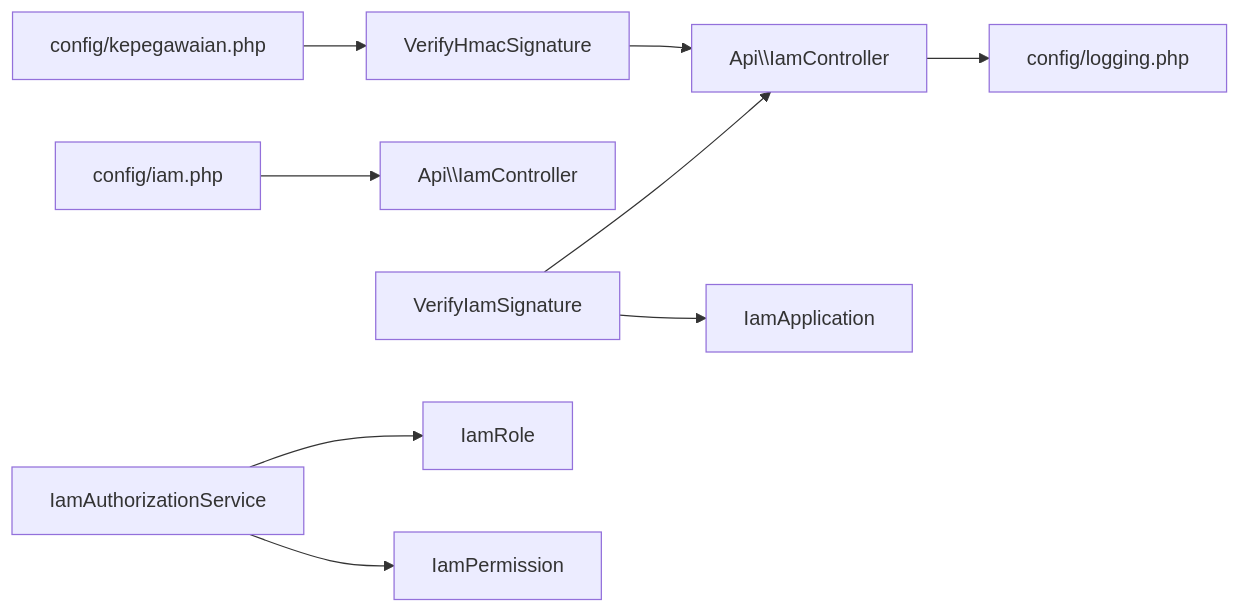
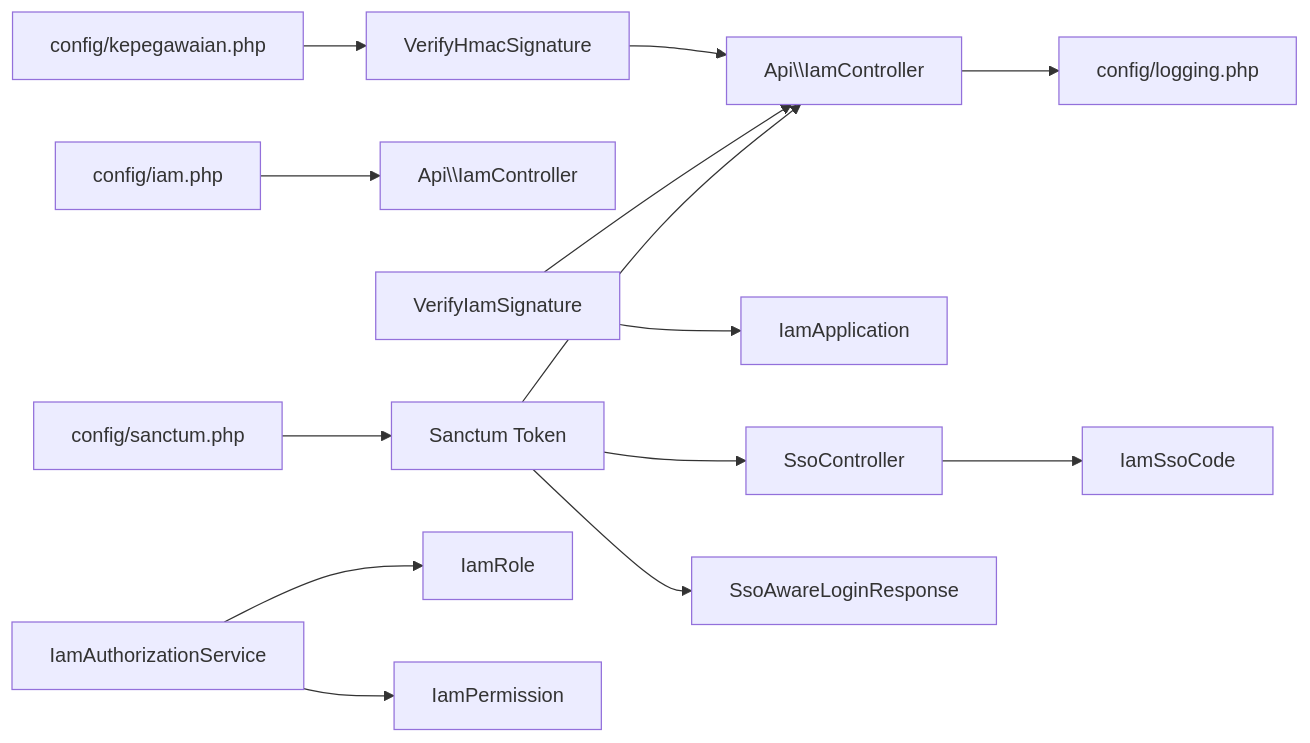
One commit to PA-Penajam/kepegawaian_apps changed diagram 11 of 11 in .qoder/repowiki/en/content/Security Considerations/Security Considerations.md. Above: the diagram before and after it, drawn with Mermaid. The commit also changed other lines of this file and 13 other files, not shown here.

````diff
--- a/.qoder/repowiki/en/content/Security Considerations/Security Considerations.md
+++ b/.qoder/repowiki/en/content/Security Considerations/Security Considerations.md
@@ -426,11 +503,16 @@
 ```mermaid
 graph LR
 CFG1["config/kepegawaian.php"] --> HMAC["VerifyHmacSignature"]
 CFG2["config/iam.php"] --> IAMC["Api\\IamController"]
+CFG3["config/sanctum.php"] --> AUTH["Sanctum Token"]
 HMAC --> CTRL["Api\\IamController"]
 IAMW["VerifyIamSignature"] --> CTRL
 IAMW --> APP["IamApplication"]
+AUTH --> CTRL
+AUTH --> SSO["SsoController"]
+AUTH --> LOGIN["SsoAwareLoginResponse"]
 AUTHZ["IamAuthorizationService"] --> ROLE["IamRole"]
 AUTHZ --> PERM["IamPermission"]
 CTRL --> LOG["config/logging.php"]
+SSO --> CODE["IamSsoCode"]
 ```
````
